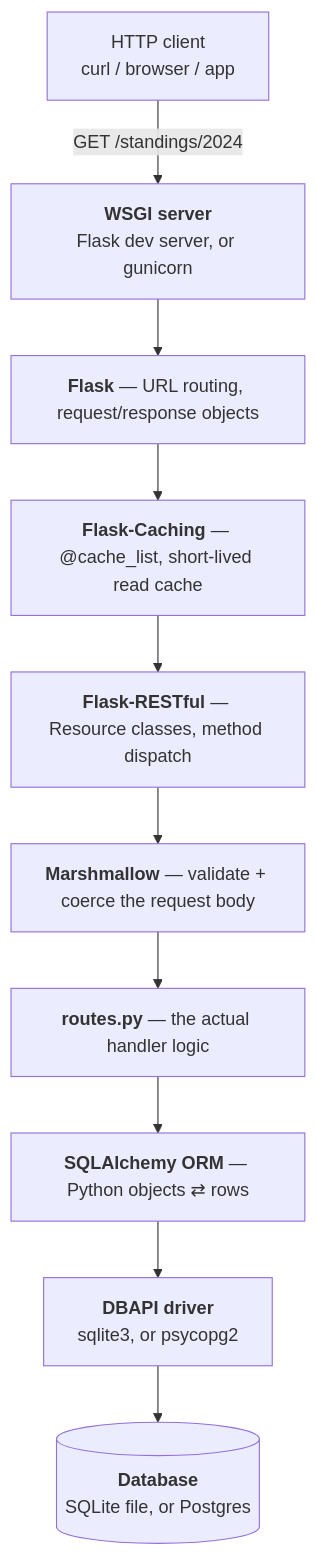
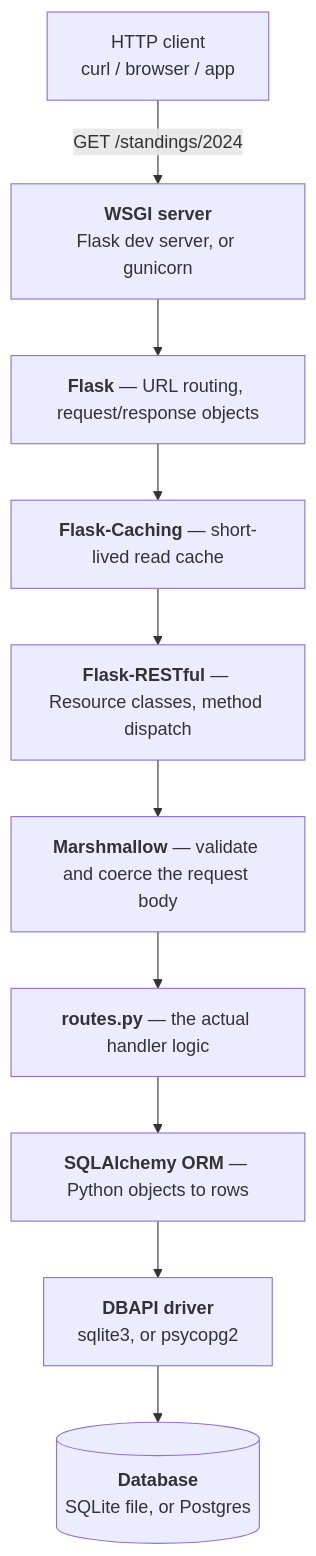
One commit to OzwP/f1-api changed the first of 3 diagrams in docs/EXPLAINED.md. Above: the diagram before and after it, drawn with Mermaid. The commit also changed other lines of this file and 3 other files, not shown here.

````diff
--- a/docs/EXPLAINED.md
+++ b/docs/EXPLAINED.md
@@ -66,13 +94,13 @@
 ```mermaid
 graph TD
     A["HTTP client<br/>curl / browser / app"] -->|"GET /standings/2024"| B
     B["<b>WSGI server</b><br/>Flask dev server, or gunicorn"] --> C
     C["<b>Flask</b> — URL routing, request/response objects"] --> D
-    D["<b>Flask-Caching</b> — @cache_list, short-lived read cache"] --> E
+    D["<b>Flask-Caching</b> — short-lived read cache"] --> E
     E["<b>Flask-RESTful</b> — Resource classes, method dispatch"] --> F
-    F["<b>Marshmallow</b> — validate + coerce the request body"] --> G
+    F["<b>Marshmallow</b> — validate and coerce the request body"] --> G
     G["<b>routes.py</b> — the actual handler logic"] --> H
-    H["<b>SQLAlchemy ORM</b> — Python objects ⇄ rows"] --> I
+    H["<b>SQLAlchemy ORM</b> — Python objects to rows"] --> I
     I["<b>DBAPI driver</b><br/>sqlite3, or psycopg2"] --> J
     J[("<b>Database</b><br/>SQLite file, or Postgres")]
 ```
````
